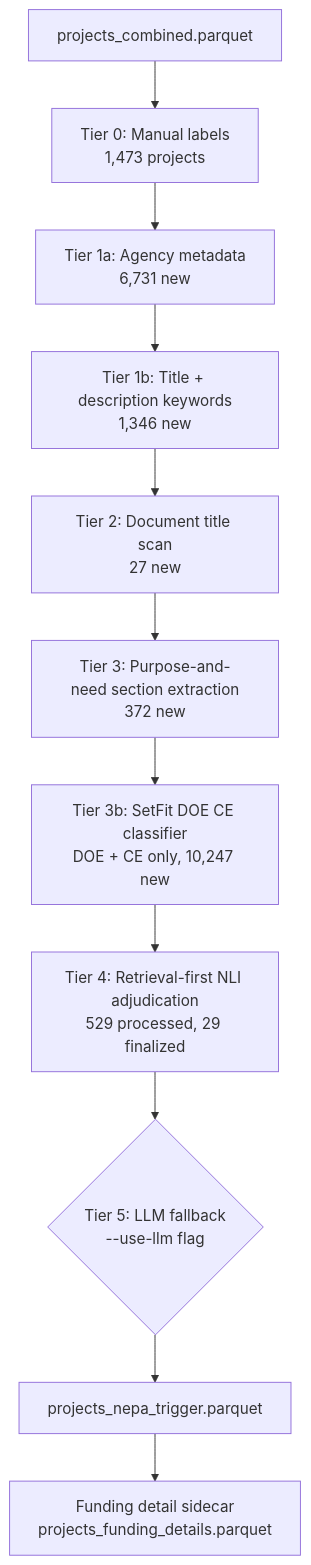
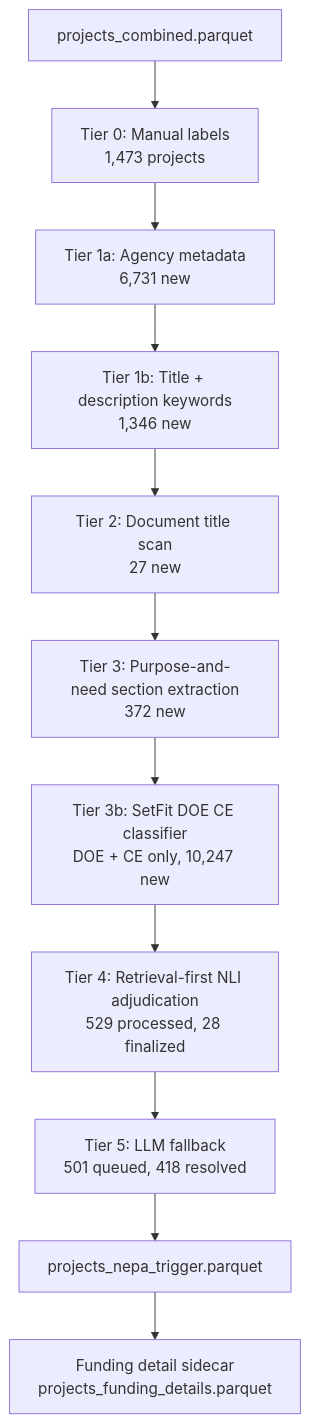
One commit to kaseyzapatka/nepa changed the diagram in phase2/architecture/deliverables/deliverable01.md. Above: the diagram before and after it, drawn with Mermaid. The commit also changed other lines of this file and 13 other files, not shown here.

Commit message:
[D1] run Tier 5 LLM fallback ($1.80, 418 resolved; unknowns 500→83), add standalone replay script, refresh report + architecture doc

````diff
--- a/phase2/architecture/deliverables/deliverable01.md
+++ b/phase2/architecture/deliverables/deliverable01.md
@@ -11,13 +11,13 @@
 ```mermaid
 flowchart TD
     A[projects_combined.parquet] --> B[Tier 0: Manual labels\n1,473 projects]
     B --> C[Tier 1a: Agency metadata\n6,731 new]
     C --> D[Tier 1b: Title + description keywords\n1,346 new]
     D --> E[Tier 2: Document title scan\n27 new]
     E --> F[Tier 3: Purpose-and-need section extraction\n372 new]
     F --> G[Tier 3b: SetFit DOE CE classifier\nDOE + CE only, 10,247 new]
-    G --> H[Tier 4: Retrieval-first NLI adjudication\n529 processed, 29 finalized]
-    H --> I{Tier 5: LLM fallback\n--use-llm flag}
+    G --> H[Tier 4: Retrieval-first NLI adjudication\n529 processed, 28 finalized]
+    H --> I[Tier 5: LLM fallback\n501 queued, 418 resolved]
     I --> J[projects_nepa_trigger.parquet]
     J --> K[Funding detail sidecar\nprojects_funding_details.parquet]
 ```
````
